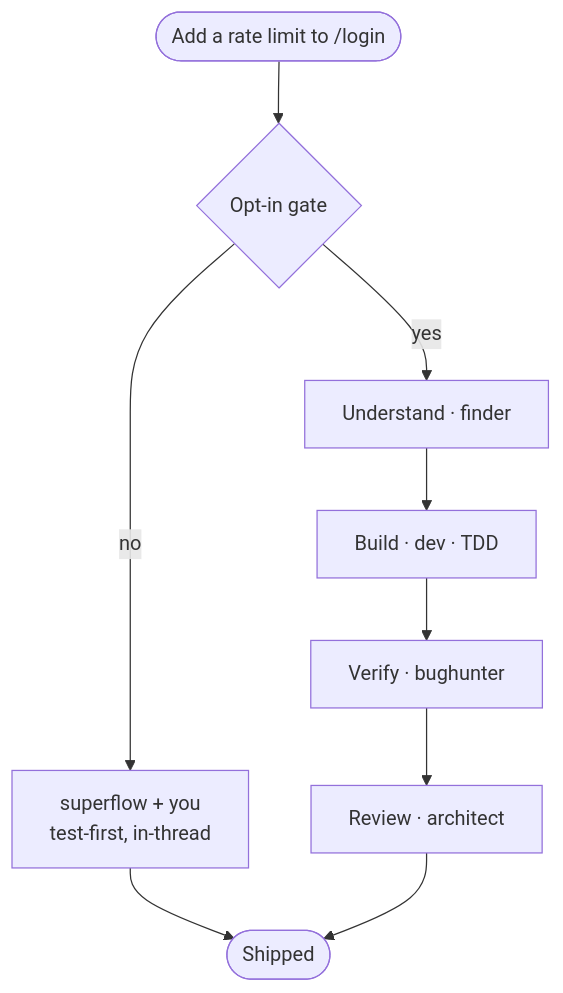
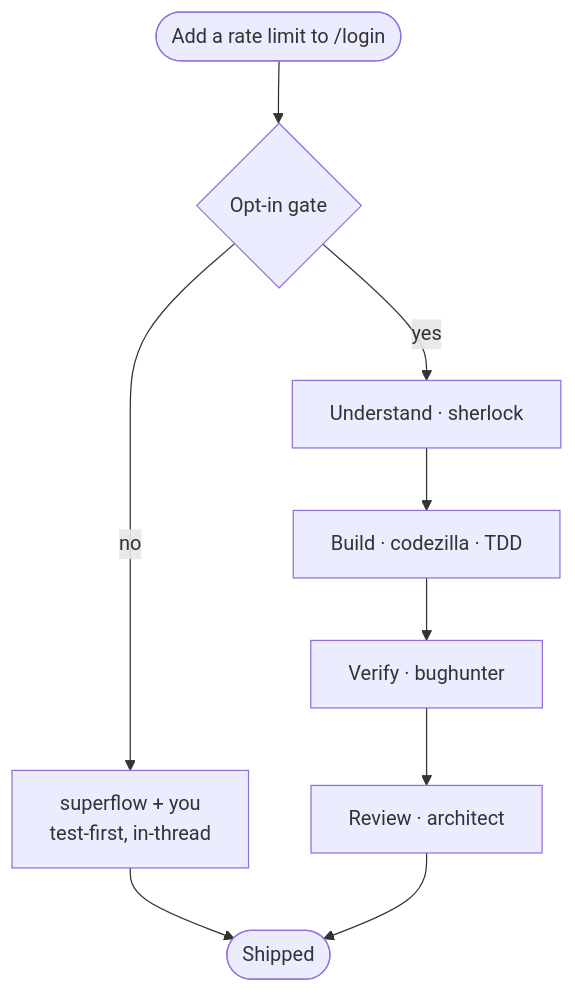
The second of 4 diagrams in README.md (cashwanikumar/superflow), drawn with Mermaid before and after one commit. The commit also changed other lines of this file and 18 other files, not shown here.

First line of the commit message:
Rename dev/finder/pm personas to codezilla/sherlock/bossbaby (#2)

````diff
--- a/README.md
+++ b/README.md
@@ -85,11 +85,11 @@
 ```mermaid
 flowchart TD
     Q(["Add a rate limit to /login"]) --> G{"Opt-in gate"}
     G -->|no| S["superflow + you<br/>test-first, in-thread"]
-    G -->|yes| F["Understand · finder"]
-    F --> D["Build · dev · TDD"]
+    G -->|yes| F["Understand · sherlock"]
+    F --> D["Build · codezilla · TDD"]
     D --> B["Verify · bughunter"]
     B --> R["Review · architect"]
     S --> Z([Shipped])
     R --> Z
 ```
````
